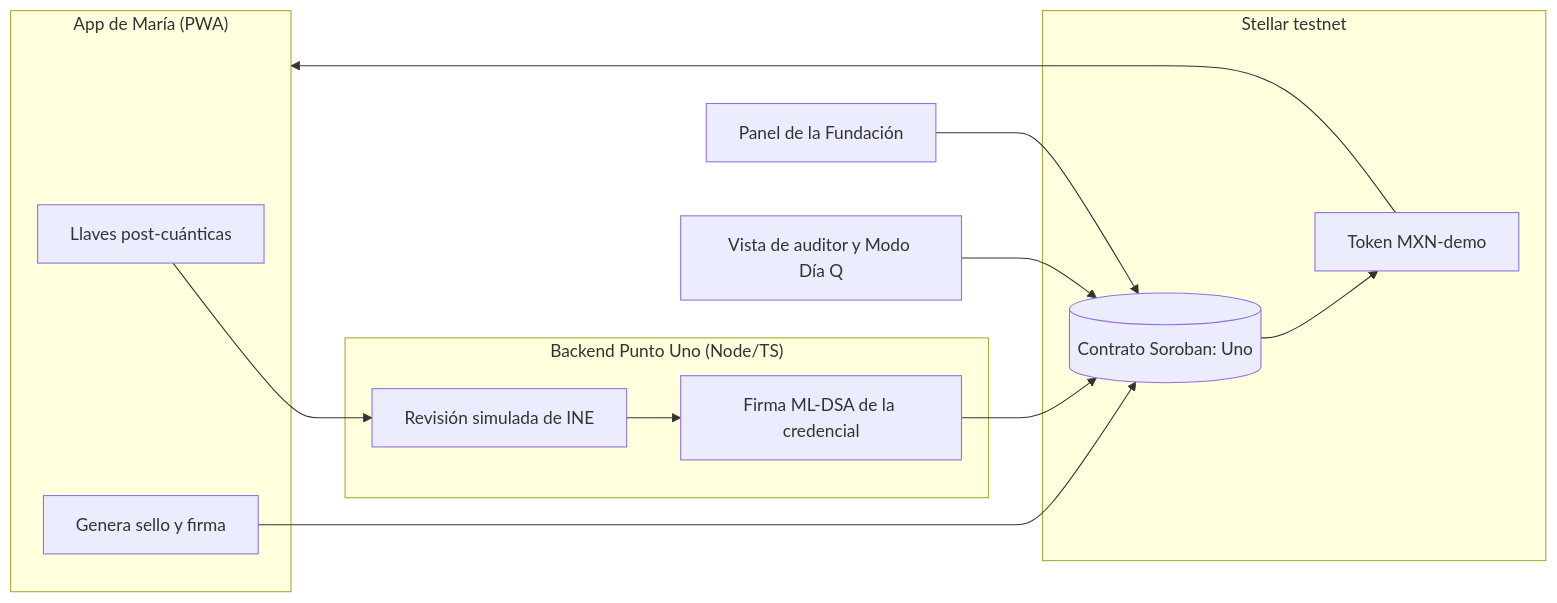
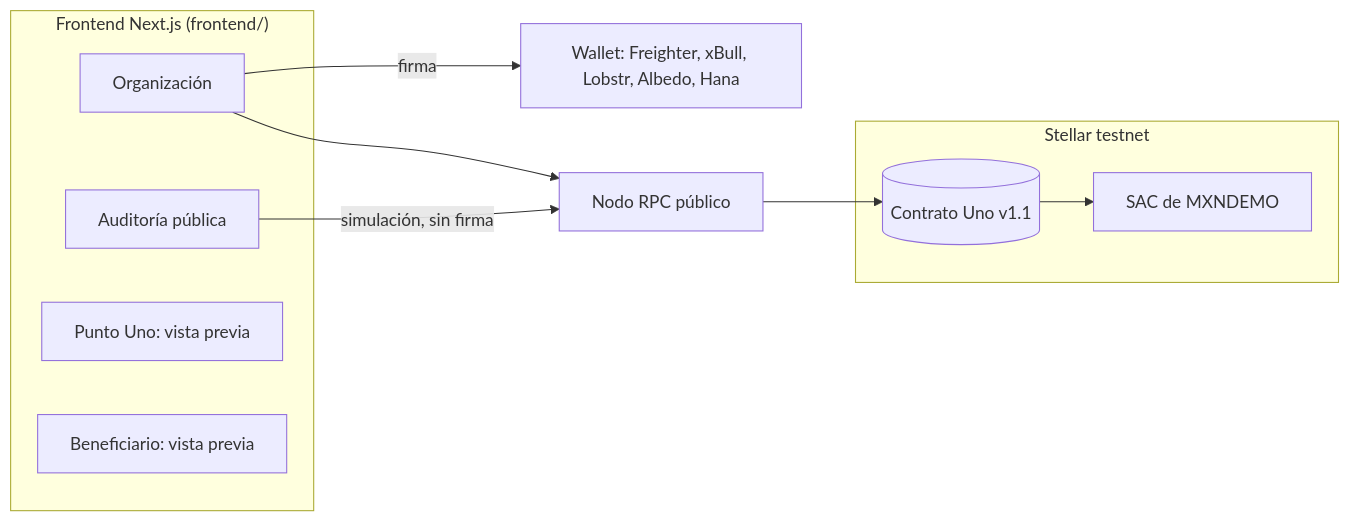
One commit to up-sec/uno changed the diagram in ROADMAP.md. Above: the diagram before and after it, drawn with Mermaid. The commit also changed other lines of this file and 21 other files, not shown here.

Commit message:
Limpieza: comentarios, docs al día y ROADMAP con el estado real

````diff
--- a/ROADMAP.md
+++ b/ROADMAP.md
@@ -37,23 +37,21 @@
 ```mermaid
 flowchart LR
-  subgraph Celular["App de María (PWA)"]
-    K[Llaves post-cuánticas]
-    S[Genera sello y firma]
+  subgraph Navegador["Frontend Next.js (frontend/)"]
+    O[Organización]
+    A[Auditoría pública]
+    P[Punto Uno: vista previa]
+    B[Beneficiario: vista previa]
   end
-  subgraph Verificador["Backend Punto Uno (Node/TS)"]
-    V[Revisión simulada de INE]
-    F[Firma ML-DSA de la credencial]
+  W[Wallet: Freighter, xBull, Lobstr, Albedo, Hana]
+  R[Nodo RPC público]
+  subgraph Stellar["Stellar testnet"]
+    C[(Contrato Uno v1.1)]
+    T[SAC de MXNDEMO]
   end
-  subgraph Stellar["Stellar testnet"]
-    C[(Contrato Soroban: Uno)]
-    T[Token MXN-demo]
-  end
-  O[Panel de la Fundación]
-  A[Vista de auditor y Modo Día Q]
 
-  K --> V --> F --> C
-  S --> C
-  O --> C
-  C --> T --> Celular
-  A --> C
+  O -- firma --> W
+  O --> R
+  A -- simulación, sin firma --> R
+  R --> C
+  C --> T
 ```
````
